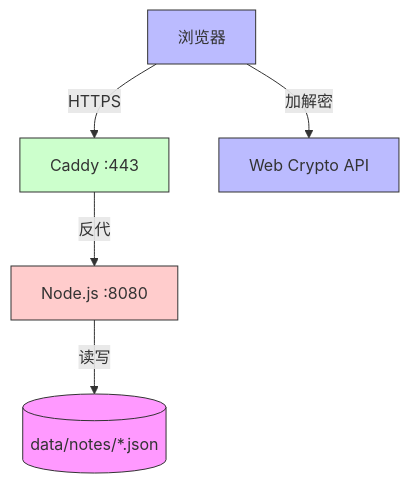
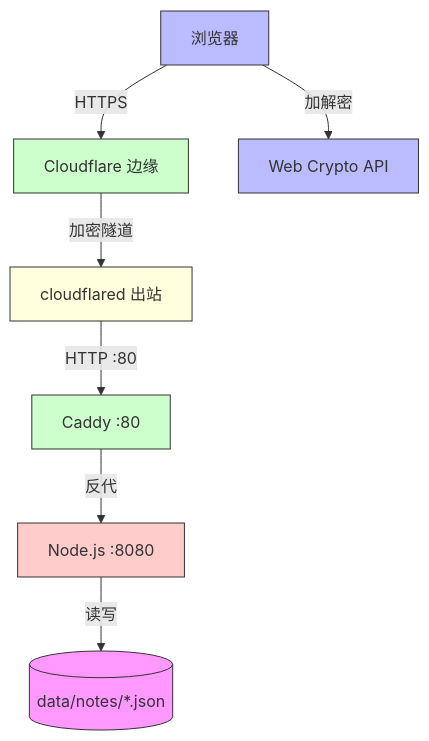
Before and after one commit to zchening/NoteSync: the fifth of 7 diagrams in README.md, drawn with Mermaid. The commit also changed other lines of this file and 1 other file, not shown here.

Commit message:
feat v4.0: Cloudflare Tunnel - bypass ISP SNI inspection and ICP block

````diff
--- a/README.md
+++ b/README.md
@@ -172,12 +173,16 @@
 ```mermaid
 flowchart TD
-    Browser[浏览器] -->|HTTPS| Caddy[Caddy :443]
+    Browser[浏览器] -->|HTTPS| CF[Cloudflare 边缘]
+    CF -->|加密隧道| Tunneld[cloudflared 出站]
+    Tunneld -->|HTTP :80| Caddy[Caddy :80]
     Caddy -->|反代| Node[Node.js :8080]
     Node -->|读写| Storage[(data/notes/*.json)]
     Browser -->|加解密| Crypto[Web Crypto API]
     style Browser fill:#bbf,stroke:#333
+    style CF fill:#cfc,stroke:#333
+    style Tunneld fill:#ffd,stroke:#333
     style Caddy fill:#cfc,stroke:#333
     style Node fill:#fcc,stroke:#333
     style Storage fill:#f9f,stroke:#333
     style Crypto fill:#bbf,stroke:#333
 ```
````
